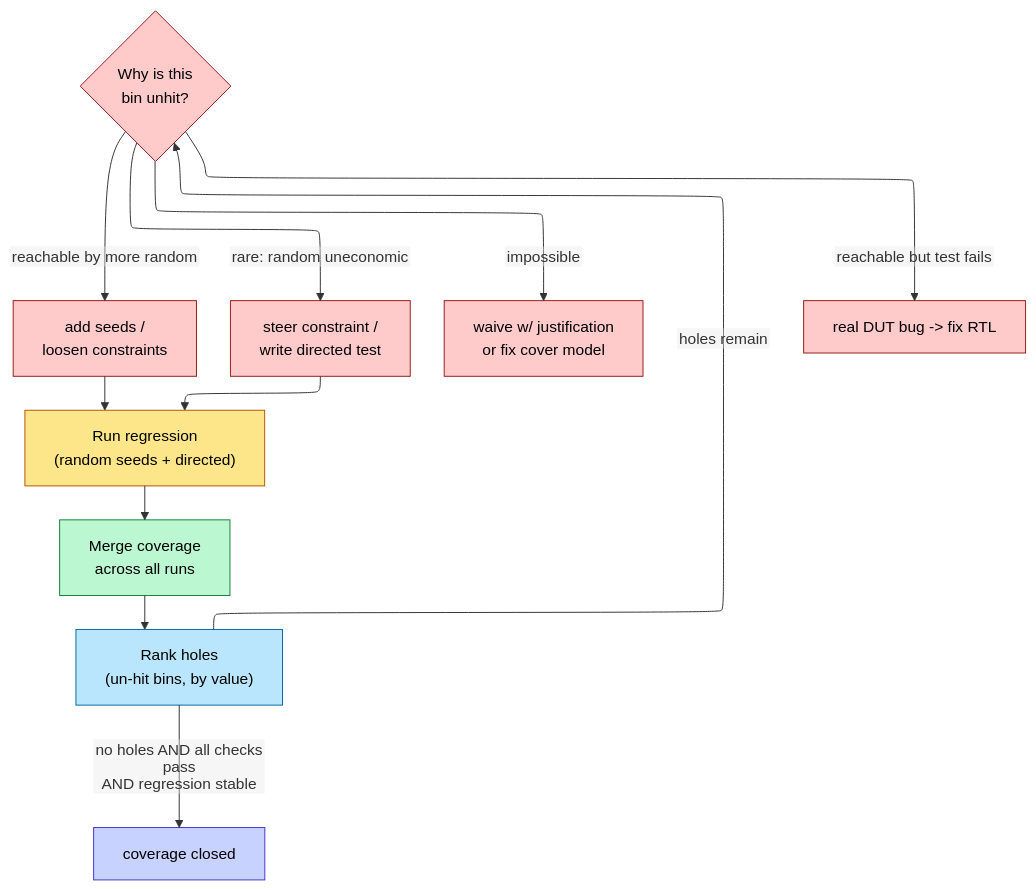
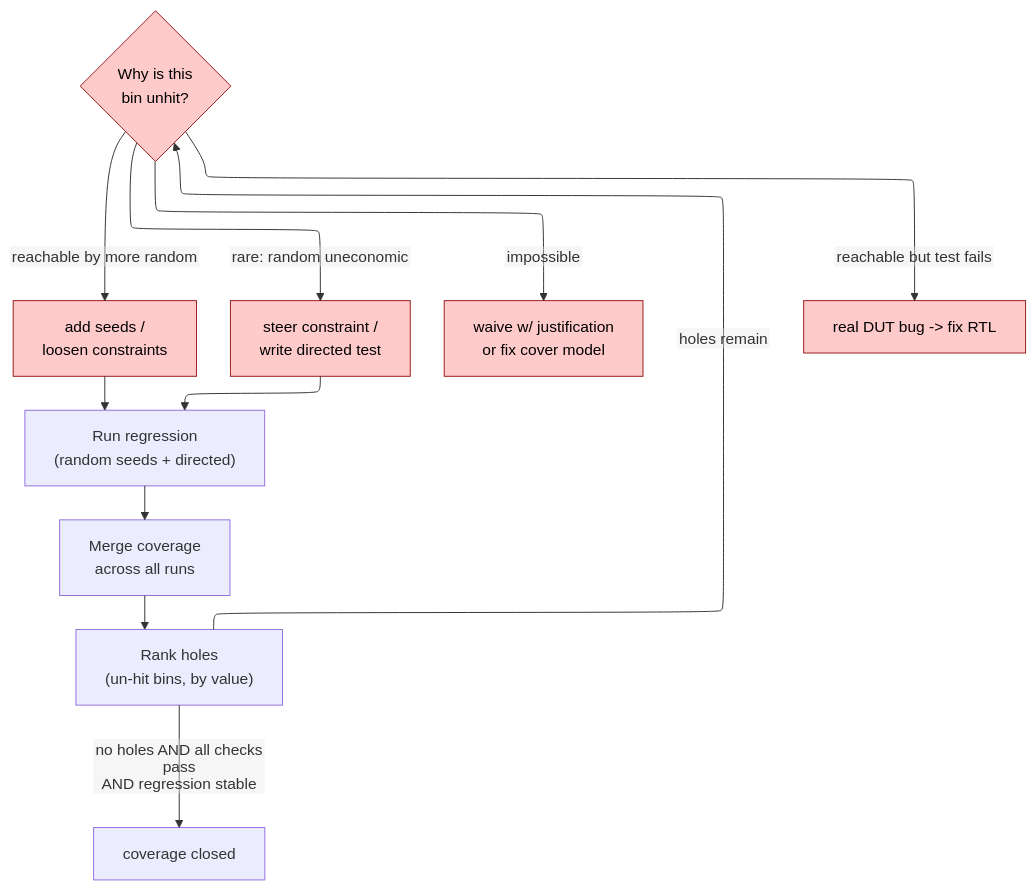
Before and after one commit to Wty2003328/silicon-design-notebook: the first of 2 diagrams in 03_Frontend_RTL_and_Verification/11_Verification_Planning_and_Coverage_Closure.md, drawn with Mermaid. The commit also changed 125 other files, not shown here.

First line of the commit message:
Complete the AMBA family, refresh the learning path, and make every figure and formula actually render

````diff
--- a/03_Frontend_RTL_and_Verification/11_Verification_Planning_and_Coverage_Closure.md
+++ b/03_Frontend_RTL_and_Verification/11_Verification_Planning_and_Coverage_Closure.md
@@ -106,19 +106,15 @@
 ```mermaid
 %%{init: {"flowchart": {"defaultRenderer": "elk", "nodeSpacing": 55, "rankSpacing": 55, "htmlLabels": false}}}%%
 flowchart TD
-    RUN["Run regression<br/>(random seeds + directed)"]:::a --> MERGE["Merge coverage<br/>across all runs"]:::b
-    MERGE --> HOLES["Rank holes<br/>(un-hit bins, by value)"]:::c
+    RUN["Run regression<br/>(random seeds + directed)"] --> MERGE["Merge coverage<br/>across all runs"]
+    MERGE --> HOLES["Rank holes<br/>(un-hit bins, by value)"]
     HOLES -->|holes remain| TRIAGE{"Why is this<br/>bin unhit?"}:::d
     TRIAGE -->|reachable by more random| SEED["add seeds /<br/>loosen constraints"]:::d
     TRIAGE -->|rare: random uneconomic| DIR["steer constraint /<br/>write directed test"]:::d
     TRIAGE -->|impossible| WAIVE["waive w/ justification<br/>or fix cover model"]:::d
     TRIAGE -->|reachable but test fails| BUG["real DUT bug -> fix RTL"]:::d
     SEED --> RUN
     DIR --> RUN
-    HOLES -->|no holes AND all checks pass<br/>AND regression stable| DONE["coverage closed"]:::e
-    classDef a fill:#fde68a,stroke:#b45309,color:#000
-    classDef b fill:#bbf7d0,stroke:#15803d,color:#000
-    classDef c fill:#bae6fd,stroke:#0369a1,color:#000
+    HOLES -->|no holes AND all checks pass<br/>AND regression stable| DONE["coverage closed"]
     classDef d fill:#fecaca,stroke:#991b1b,color:#000
-    classDef e fill:#c7d2fe,stroke:#4338ca,color:#000
 ```
````
